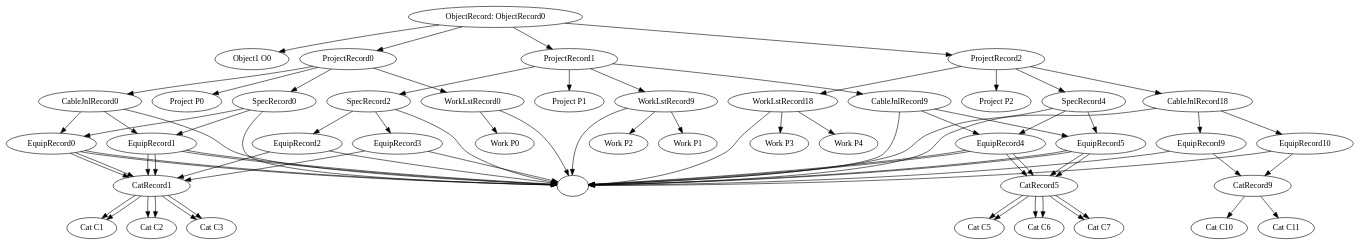
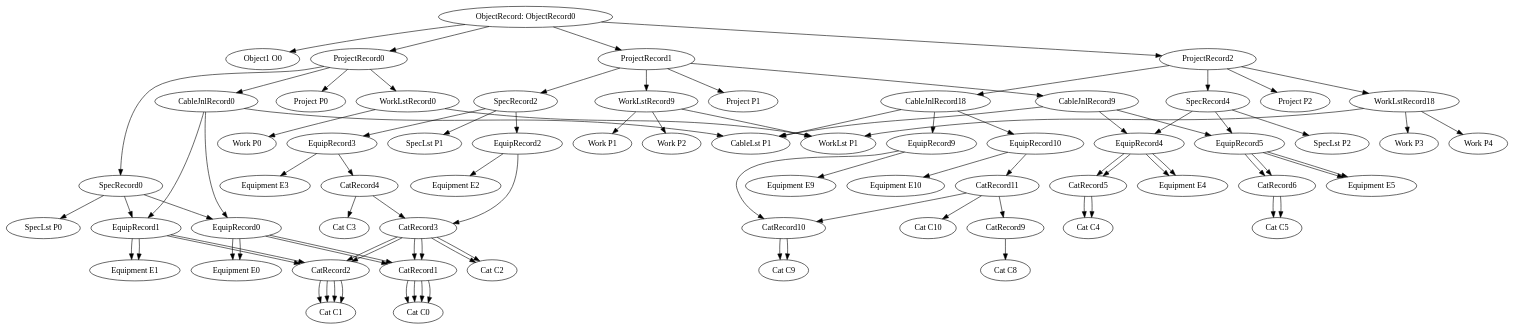
One commit to pushking812/accounting changed the diagram in Digraph.gv. Above: the diagram before and after it, drawn with Graphviz. The commit also changed 13 other files, not shown here.

```diff
--- a/Digraph.gv
+++ b/Digraph.gv
@@ -1,83 +1,95 @@
 digraph {
 	ObjectRecord0 [label="ObjectRecord: ObjectRecord0"]
 	ObjectRecord0 -> "Object1 O0"
 	ObjectRecord0 -> ProjectRecord0
 	ProjectRecord0 -> "Project P0"
 	ProjectRecord0 -> WorkLstRecord0
-	WorkLstRecord0 -> ""
+	WorkLstRecord0 -> "WorkLst P1"
 	WorkLstRecord0 -> "Work P0"
 	ProjectRecord0 -> CableJnlRecord0
-	CableJnlRecord0 -> ""
+	CableJnlRecord0 -> "CableLst P1"
 	CableJnlRecord0 -> EquipRecord0
-	EquipRecord0 -> ""
+	EquipRecord0 -> "Equipment E0"
 	EquipRecord0 -> CatRecord1
-	CatRecord1 -> "Cat C1"
+	CatRecord1 -> "Cat C0"
 	CableJnlRecord0 -> EquipRecord1
-	EquipRecord1 -> ""
-	EquipRecord1 -> CatRecord1
-	CatRecord1 -> "Cat C2"
-	CatRecord1 -> "Cat C3"
+	EquipRecord1 -> "Equipment E1"
+	EquipRecord1 -> CatRecord2
+	CatRecord2 -> "Cat C1"
 	ProjectRecord0 -> SpecRecord0
-	SpecRecord0 -> ""
+	SpecRecord0 -> "SpecLst P0"
 	SpecRecord0 -> EquipRecord0
-	EquipRecord0 -> ""
+	EquipRecord0 -> "Equipment E0"
 	EquipRecord0 -> CatRecord1
-	CatRecord1 -> "Cat C1"
+	CatRecord1 -> "Cat C0"
 	SpecRecord0 -> EquipRecord1
-	EquipRecord1 -> ""
-	EquipRecord1 -> CatRecord1
-	CatRecord1 -> "Cat C2"
-	CatRecord1 -> "Cat C3"
+	EquipRecord1 -> "Equipment E1"
+	EquipRecord1 -> CatRecord2
+	CatRecord2 -> "Cat C1"
 	ObjectRecord0 -> ProjectRecord1
 	ProjectRecord1 -> "Project P1"
 	ProjectRecord1 -> WorkLstRecord9
-	WorkLstRecord9 -> ""
+	WorkLstRecord9 -> "WorkLst P1"
 	WorkLstRecord9 -> "Work P1"
 	WorkLstRecord9 -> "Work P2"
 	ProjectRecord1 -> CableJnlRecord9
-	CableJnlRecord9 -> ""
+	CableJnlRecord9 -> "CableLst P1"
 	CableJnlRecord9 -> EquipRecord4
-	EquipRecord4 -> ""
+	EquipRecord4 -> "Equipment E4"
 	EquipRecord4 -> CatRecord5
-	CatRecord5 -> "Cat C5"
+	CatRecord5 -> "Cat C4"
 	CableJnlRecord9 -> EquipRecord5
-	EquipRecord5 -> ""
-	EquipRecord5 -> CatRecord5
-	CatRecord5 -> "Cat C6"
-	CatRecord5 -> "Cat C7"
+	EquipRecord5 -> "Equipment E5"
+	EquipRecord5 -> CatRecord6
+	CatRecord6 -> "Cat C5"
 	ProjectRecord1 -> SpecRecord2
-	SpecRecord2 -> ""
+	SpecRecord2 -> "SpecLst P1"
 	SpecRecord2 -> EquipRecord2
-	EquipRecord2 -> ""
-	EquipRecord2 -> CatRecord1
+	EquipRecord2 -> "Equipment E2"
+	EquipRecord2 -> CatRecord3
+	CatRecord3 -> "Cat C2"
+	CatRecord3 -> CatRecord2
+	CatRecord2 -> "Cat C1"
+	CatRecord3 -> CatRecord1
+	CatRecord1 -> "Cat C0"
 	SpecRecord2 -> EquipRecord3
-	EquipRecord3 -> ""
-	EquipRecord3 -> CatRecord1
+	EquipRecord3 -> "Equipment E3"
+	EquipRecord3 -> CatRecord4
+	CatRecord4 -> "Cat C3"
+	CatRecord4 -> CatRecord3
+	CatRecord3 -> "Cat C2"
+	CatRecord3 -> CatRecord2
+	CatRecord2 -> "Cat C1"
+	CatRecord3 -> CatRecord1
+	CatRecord1 -> "Cat C0"
 	ObjectRecord0 -> ProjectRecord2
 	ProjectRecord2 -> "Project P2"
 	ProjectRecord2 -> WorkLstRecord18
-	WorkLstRecord18 -> ""
+	WorkLstRecord18 -> "WorkLst P1"
 	WorkLstRecord18 -> "Work P3"
 	WorkLstRecord18 -> "Work P4"
 	ProjectRecord2 -> CableJnlRecord18
-	CableJnlRecord18 -> ""
+	CableJnlRecord18 -> "CableLst P1"
 	CableJnlRecord18 -> EquipRecord9
-	EquipRecord9 -> ""
-	EquipRecord9 -> CatRecord9
-	CatRecord9 -> "Cat C10"
-	CatRecord9 -> "Cat C11"
+	EquipRecord9 -> "Equipment E9"
+	EquipRecord9 -> CatRecord10
+	CatRecord10 -> "Cat C9"
 	CableJnlRecord18 -> EquipRecord10
-	EquipRecord10 -> ""
-	EquipRecord10 -> CatRecord9
+	EquipRecord10 -> "Equipment E10"
+	EquipRecord10 -> CatRecord11
+	CatRecord11 -> "Cat C10"
+	CatRecord11 -> CatRecord10
+	CatRecord10 -> "Cat C9"
+	CatRecord11 -> CatRecord9
+	CatRecord9 -> "Cat C8"
 	ProjectRecord2 -> SpecRecord4
-	SpecRecord4 -> ""
+	SpecRecord4 -> "SpecLst P2"
 	SpecRecord4 -> EquipRecord4
-	EquipRecord4 -> ""
+	EquipRecord4 -> "Equipment E4"
 	EquipRecord4 -> CatRecord5
-	CatRecord5 -> "Cat C5"
+	CatRecord5 -> "Cat C4"
 	SpecRecord4 -> EquipRecord5
-	EquipRecord5 -> ""
-	EquipRecord5 -> CatRecord5
-	CatRecord5 -> "Cat C6"
-	CatRecord5 -> "Cat C7"
+	EquipRecord5 -> "Equipment E5"
+	EquipRecord5 -> CatRecord6
+	CatRecord6 -> "Cat C5"
 }
```
